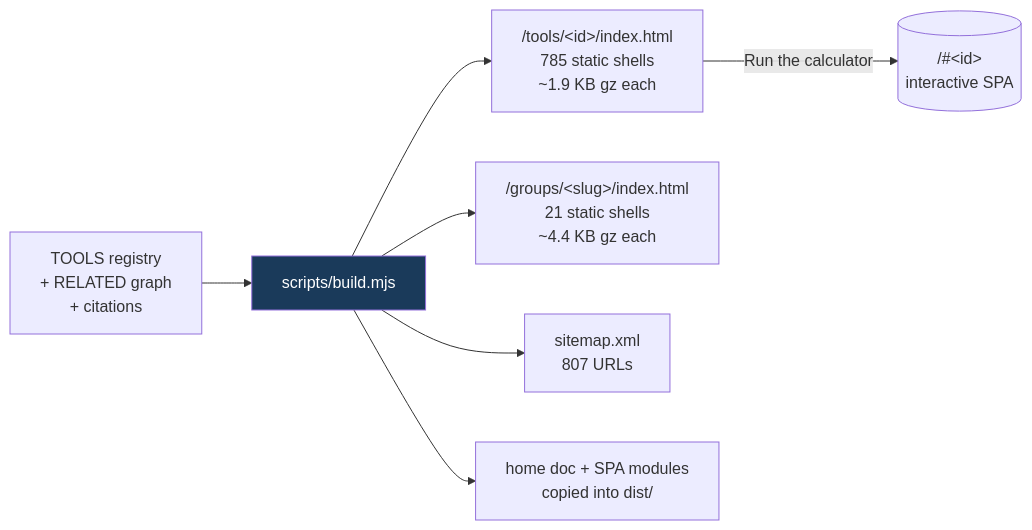
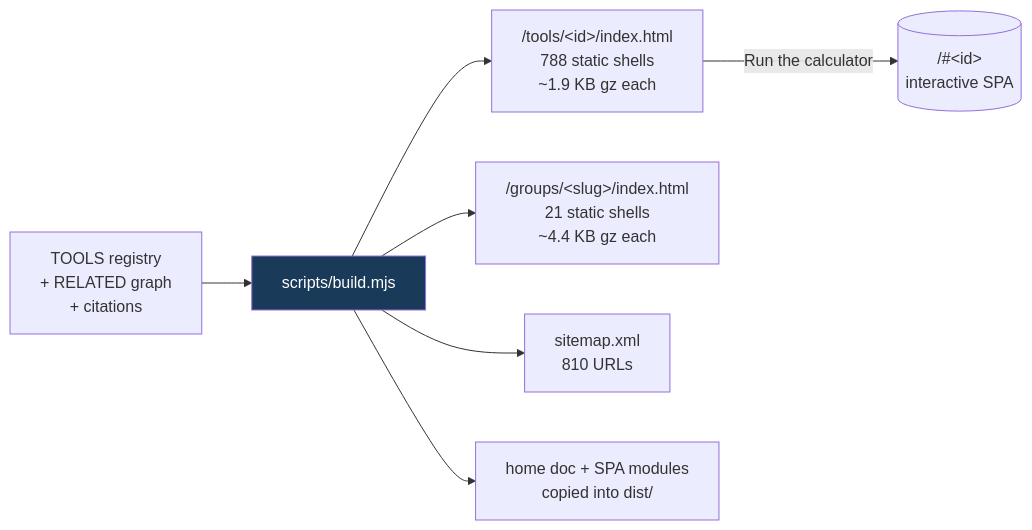
Before and after one commit to clay-good/roughlogic.com: the fifth of 8 diagrams in README.md, drawn with Mermaid. The commit also changed other lines of this file and 19 other files, not shown here.

````diff
--- a/README.md
+++ b/README.md
@@ -495,10 +495,10 @@
 ```mermaid
 flowchart LR
     SRC[TOOLS registry\n+ RELATED graph\n+ citations] --> BUILD[scripts/build.mjs]
-    BUILD --> TILE["/tools/&lt;id&gt;/index.html\n785 static shells\n~1.9 KB gz each"]
+    BUILD --> TILE["/tools/&lt;id&gt;/index.html\n788 static shells\n~1.9 KB gz each"]
     BUILD --> GROUP["/groups/&lt;slug&gt;/index.html\n21 static shells\n~4.4 KB gz each"]
-    BUILD --> MAP["sitemap.xml\n807 URLs"]
+    BUILD --> MAP["sitemap.xml\n810 URLs"]
     BUILD --> COPY[home doc + SPA modules\ncopied into dist/]
     TILE -->|Run the calculator| SPA[("/#&lt;id&gt;\ninteractive SPA")]
     style BUILD fill:#1a3a5a,color:#fff
 ```
````
